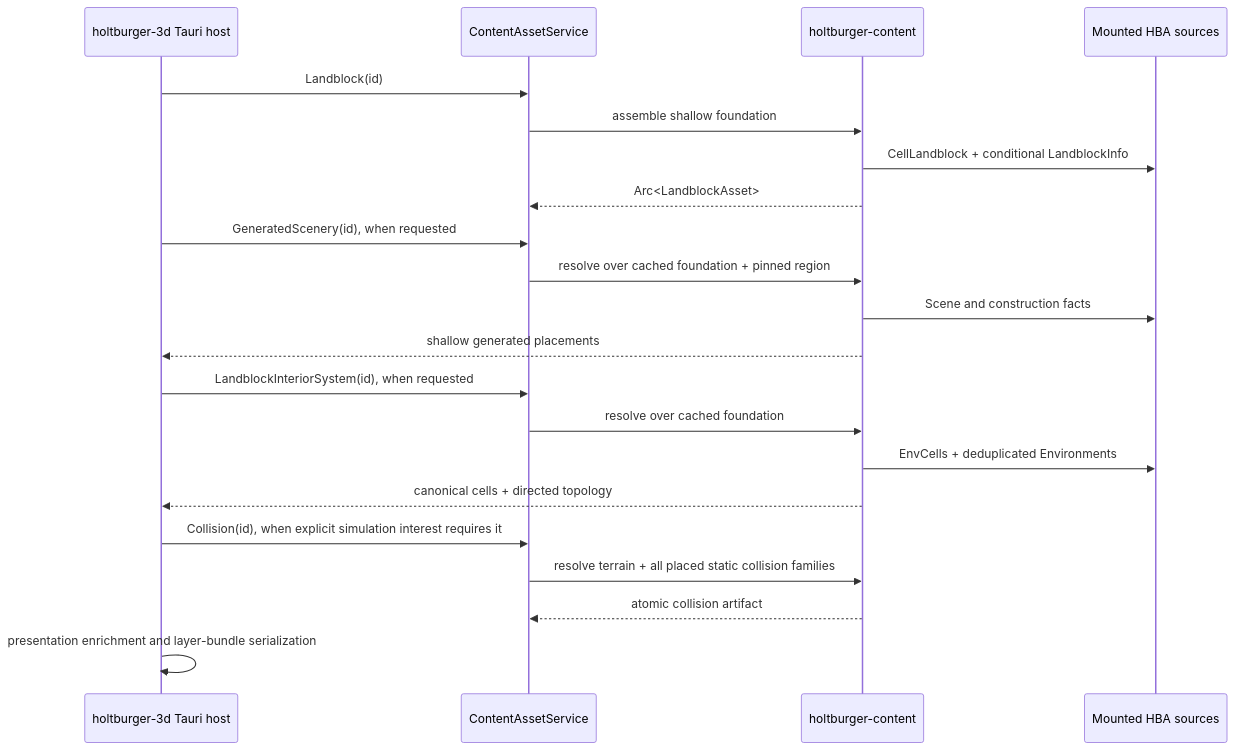
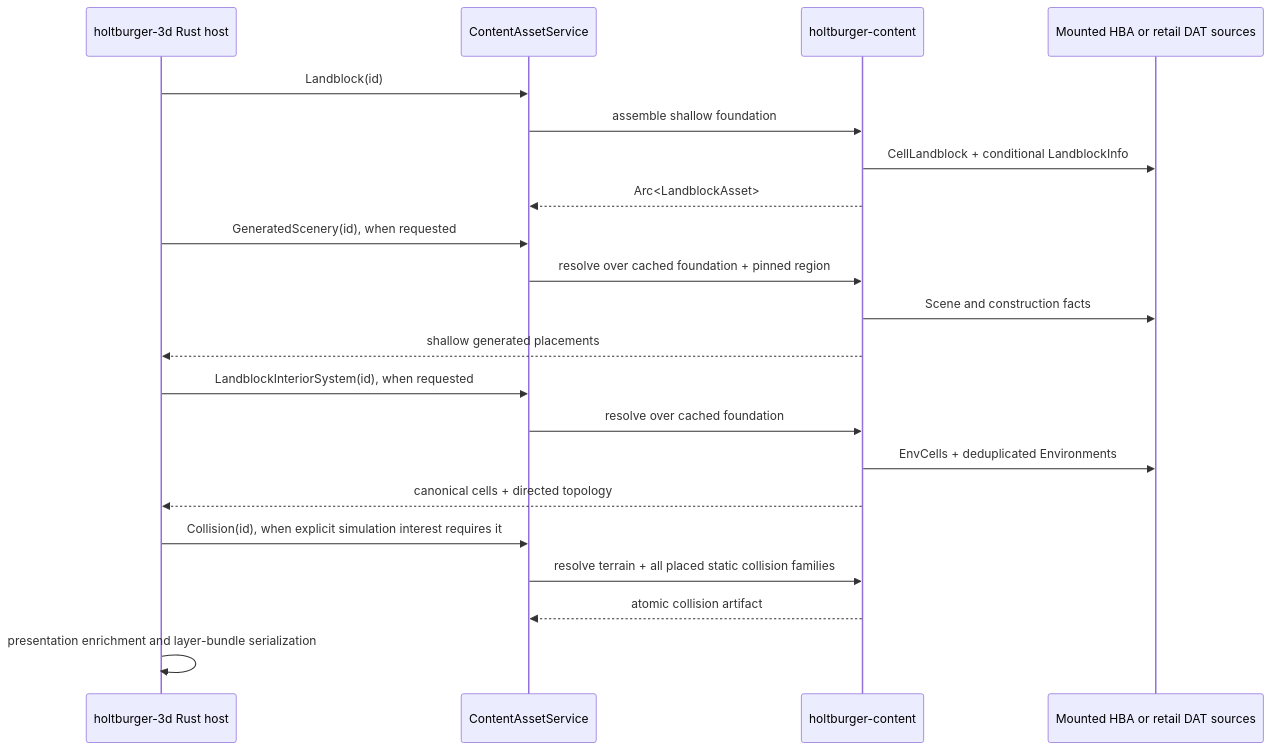
Before and after one commit to merklejerk/holtburger: the diagram in crates/holtburger-content/ARCHITECTURE.md, drawn with Mermaid. The commit also changed other lines of this file and 69 other files, not shown here.

````diff
--- a/crates/holtburger-content/ARCHITECTURE.md
+++ b/crates/holtburger-content/ARCHITECTURE.md
@@ -172,24 +198,24 @@
 ```mermaid
 sequenceDiagram
-    participant App as holtburger-3d Tauri host
+    participant App as holtburger-3d Rust host
     participant Core as ContentAssetService
     participant Content as holtburger-content
-    participant DAT as Mounted HBA sources
+    participant DAT as Mounted HBA or retail DAT sources
 
     App->>Core: Landblock(id)
     Core->>Content: assemble shallow foundation
     Content->>DAT: CellLandblock + conditional LandblockInfo
     Content-->>Core: Arc<LandblockAsset>
     App->>Core: GeneratedScenery(id), when requested
     Core->>Content: resolve over cached foundation + pinned region
     Content->>DAT: Scene and construction facts
     Content-->>App: shallow generated placements
     App->>Core: LandblockInteriorSystem(id), when requested
     Core->>Content: resolve over cached foundation
     Content->>DAT: EnvCells + deduplicated Environments
     Content-->>App: canonical cells + directed topology
     App->>Core: Collision(id), when explicit simulation interest requires it
     Core->>Content: resolve terrain + all placed static collision families
     Content-->>Core: atomic collision artifact
     App->>App: presentation enrichment and layer-bundle serialization
 ```
````
